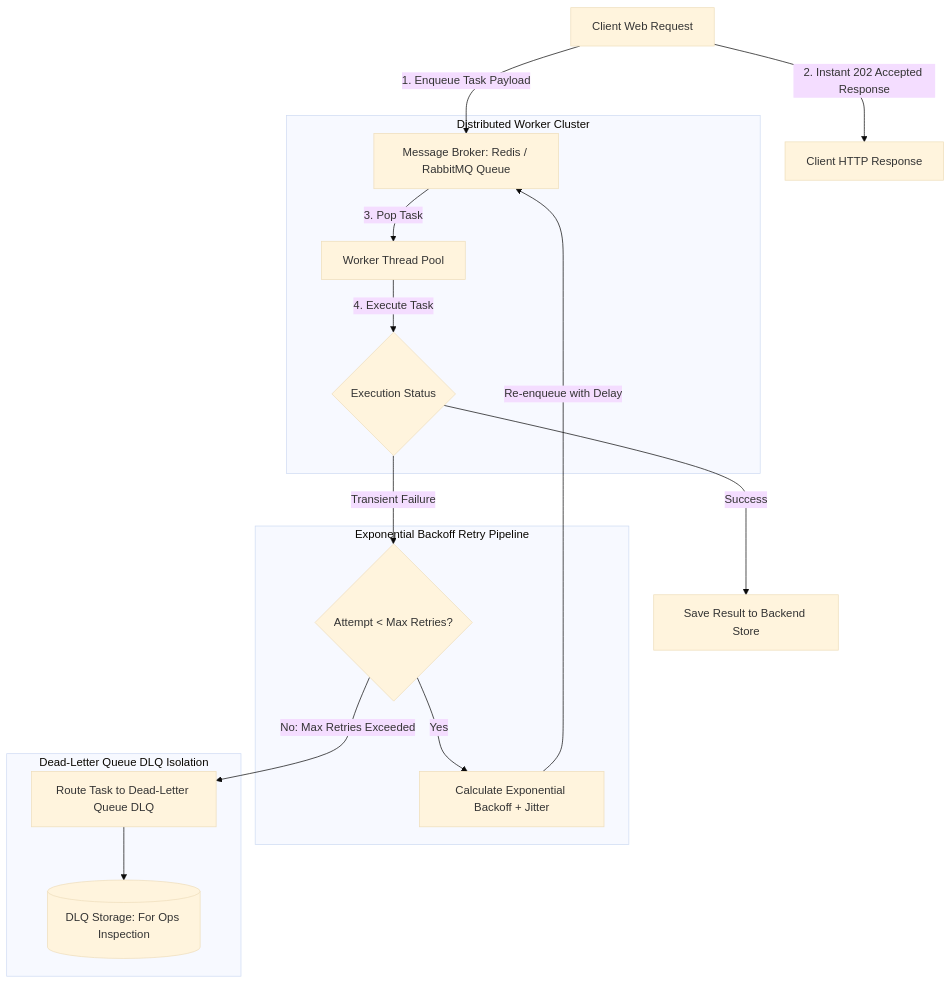
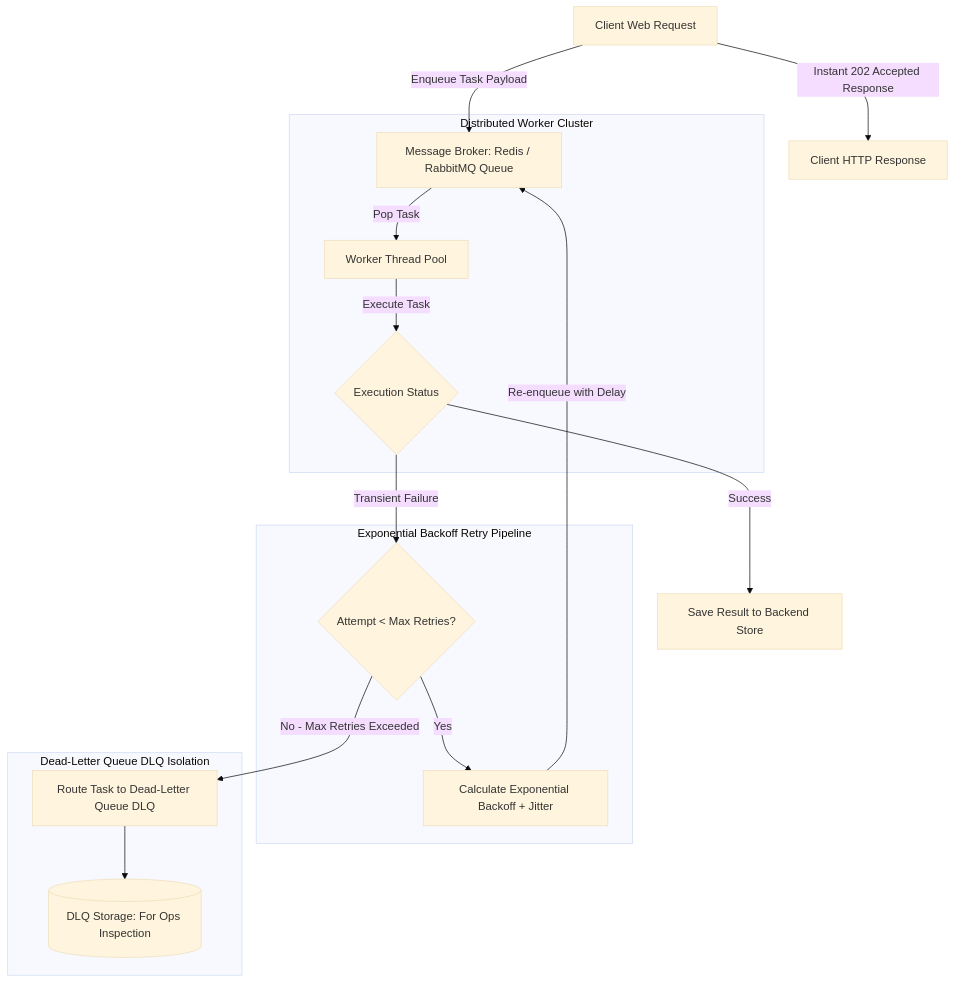
The diagram in blog/posts/asynchronous-job-queues-task-schedulers-distributed-workers.md (akmalkhaniub/akmalkhaniub.github.io), drawn with Mermaid (base theme) before and after one commit. The commit also changed 411 other files, not shown here.

````diff
--- a/blog/posts/asynchronous-job-queues-task-schedulers-distributed-workers.md
+++ b/blog/posts/asynchronous-job-queues-task-schedulers-distributed-workers.md
@@ -17,23 +17,23 @@
 ```mermaid
-graph TD
-  A[Client Web Request] -->|1. Enqueue Task Payload| B[Message Broker: Redis / RabbitMQ Queue]
-  A -->|2. Instant 202 Accepted Response| Client[Client HTTP Response]
+flowchart TD
+  A[Client Web Request] -->|Enqueue Task Payload| B[Message Broker: Redis / RabbitMQ Queue]
+  A -->|Instant 202 Accepted Response| Client[Client HTTP Response]
   
   subgraph SG1_DistributedWorkerCluster ["Distributed Worker Cluster"]
-    B -->|3. Pop Task| C[Worker Thread Pool]
-    C -->|4. Execute Task| D{Execution Status}
+    B -->|Pop Task| C[Worker Thread Pool]
+    C -->|Execute Task| D{Execution Status}
   end
   
   D -->|Success| E[Save Result to Backend Store]
   D -->|Transient Failure| F{Attempt < Max Retries?}
   
   subgraph SG2_ExponentialBackoffRetry ["Exponential Backoff Retry Pipeline"]
     F -->|Yes| G[Calculate Exponential Backoff + Jitter]
     G -->|Re-enqueue with Delay| B
   end
   
   subgraph SG3_DeadLetterQueue ["Dead-Letter Queue DLQ Isolation"]
-    F -->|No: Max Retries Exceeded| H[Route Task to Dead-Letter Queue DLQ]
+    F -->|No - Max Retries Exceeded| H[Route Task to Dead-Letter Queue DLQ]
     H --> I[(DLQ Storage: For Ops Inspection)]
   end
 ```
````
